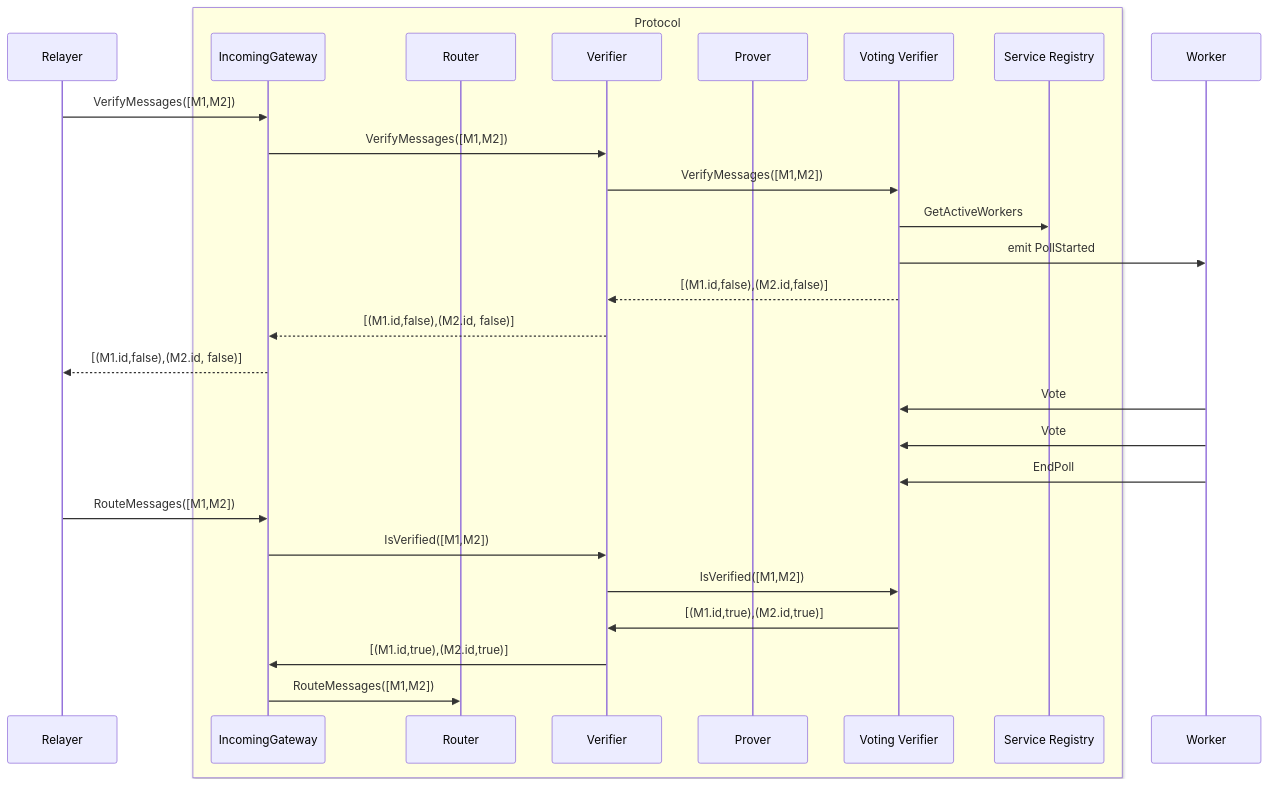
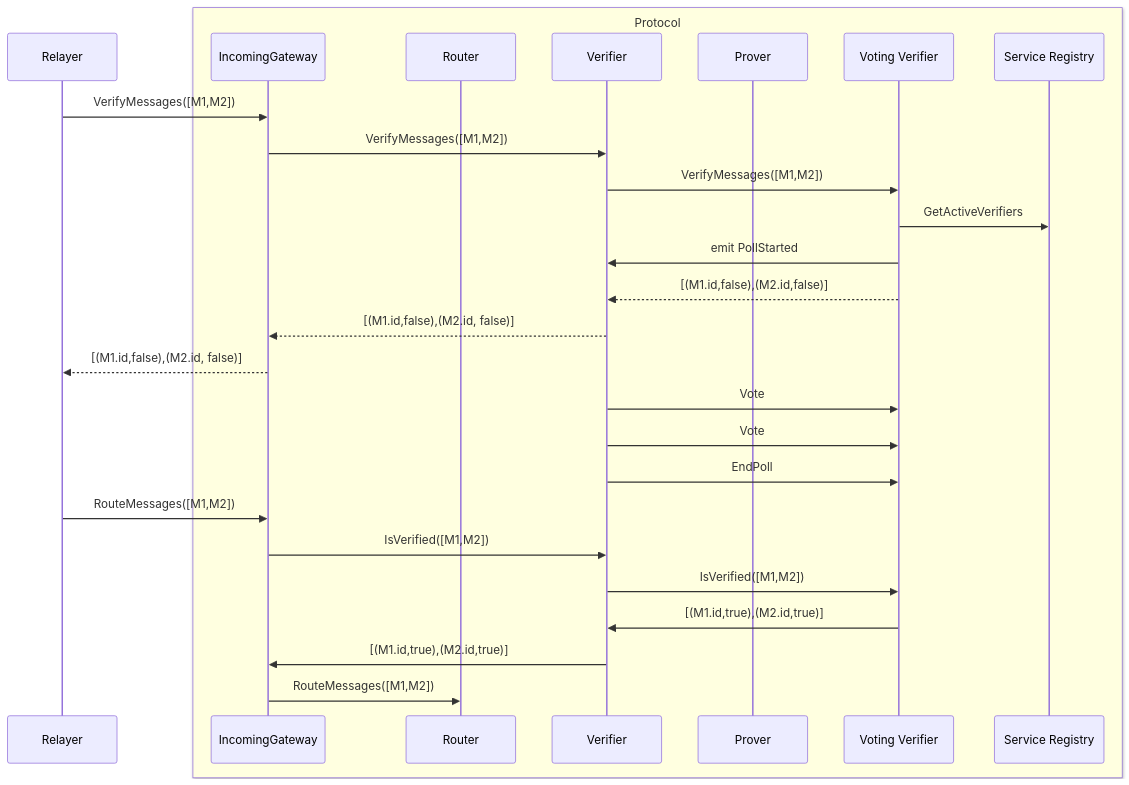
Before and after one commit to axelarnetwork/axelar-amplifier: the third of 4 diagrams in doc/src/overview.md, drawn with Mermaid. The commit also changed other lines of this file and 3 other files, not shown here.

Commit message:
docs: rename worker to verifier

````diff
--- a/doc/src/overview.md
+++ b/doc/src/overview.md
@@ -79,34 +79,34 @@
 ```mermaid
 sequenceDiagram
     participant Relayer
     box LightYellow Protocol
     participant IncomingGateway
     participant Router
     participant Verifier
     participant Prover
     participant Voting Verifier
     participant Service Registry
     end
-    participant Worker
+    participant Verifier
     Relayer->>IncomingGateway: VerifyMessages([M1,M2])
     IncomingGateway->>Verifier: VerifyMessages([M1,M2])
     Verifier->>Voting Verifier: VerifyMessages([M1,M2])
-    Voting Verifier->>Service Registry: GetActiveWorkers
-    Voting Verifier->>Worker: emit PollStarted
+    Voting Verifier->>Service Registry: GetActiveVerifiers
+    Voting Verifier->>Verifier: emit PollStarted
     Voting Verifier-->>Verifier: [(M1.id,false),(M2.id,false)]
     Verifier-->>IncomingGateway: [(M1.id,false),(M2.id, false)]
     IncomingGateway-->>Relayer: [(M1.id,false),(M2.id, false)]
-    Worker->>Voting Verifier: Vote
-    Worker->>Voting Verifier: Vote
-    Worker->>Voting Verifier: EndPoll
+    Verifier->>Voting Verifier: Vote
+    Verifier->>Voting Verifier: Vote
+    Verifier->>Voting Verifier: EndPoll
 
 
 
     Relayer->>IncomingGateway: RouteMessages([M1,M2])
     IncomingGateway->>Verifier: IsVerified([M1,M2])
     Verifier->>Voting Verifier: IsVerified([M1,M2])
     Voting Verifier->>Verifier: [(M1.id,true),(M2.id,true)]
     Verifier->>IncomingGateway: [(M1.id,true),(M2.id,true)]
     IncomingGateway->>Router: RouteMessages([M1,M2])
 
 ```
````
